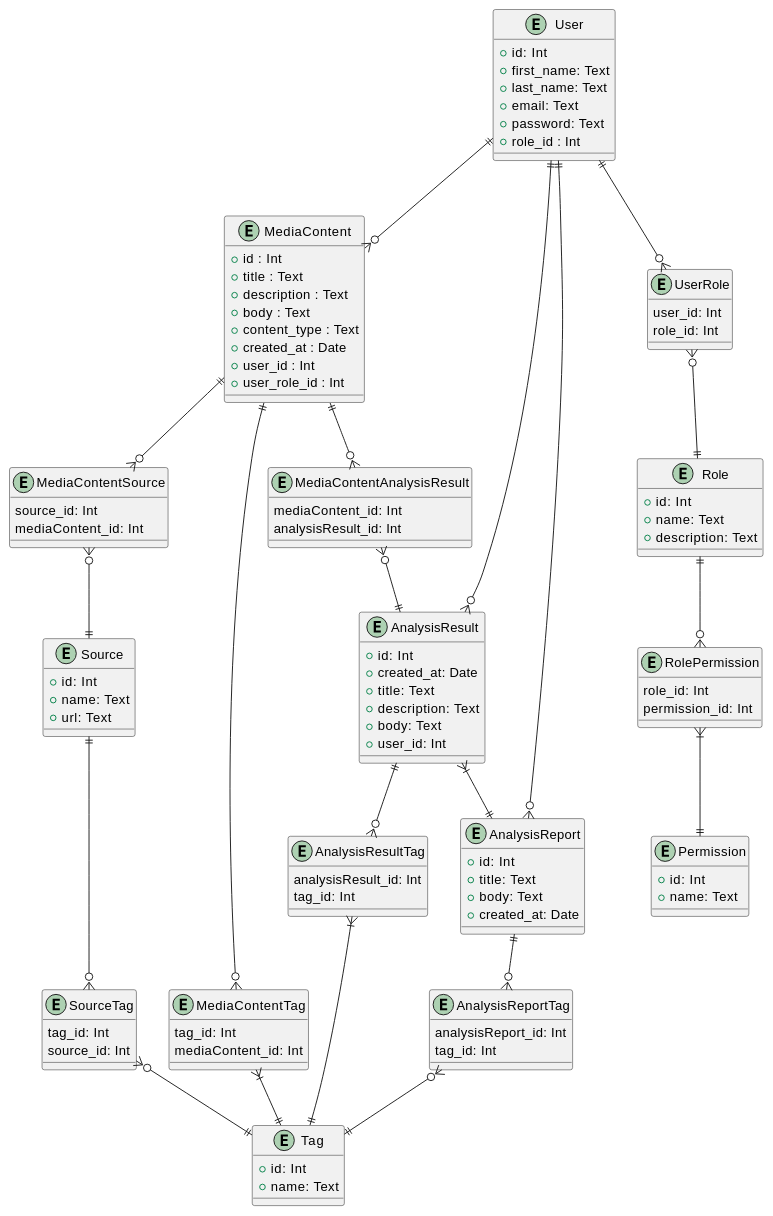
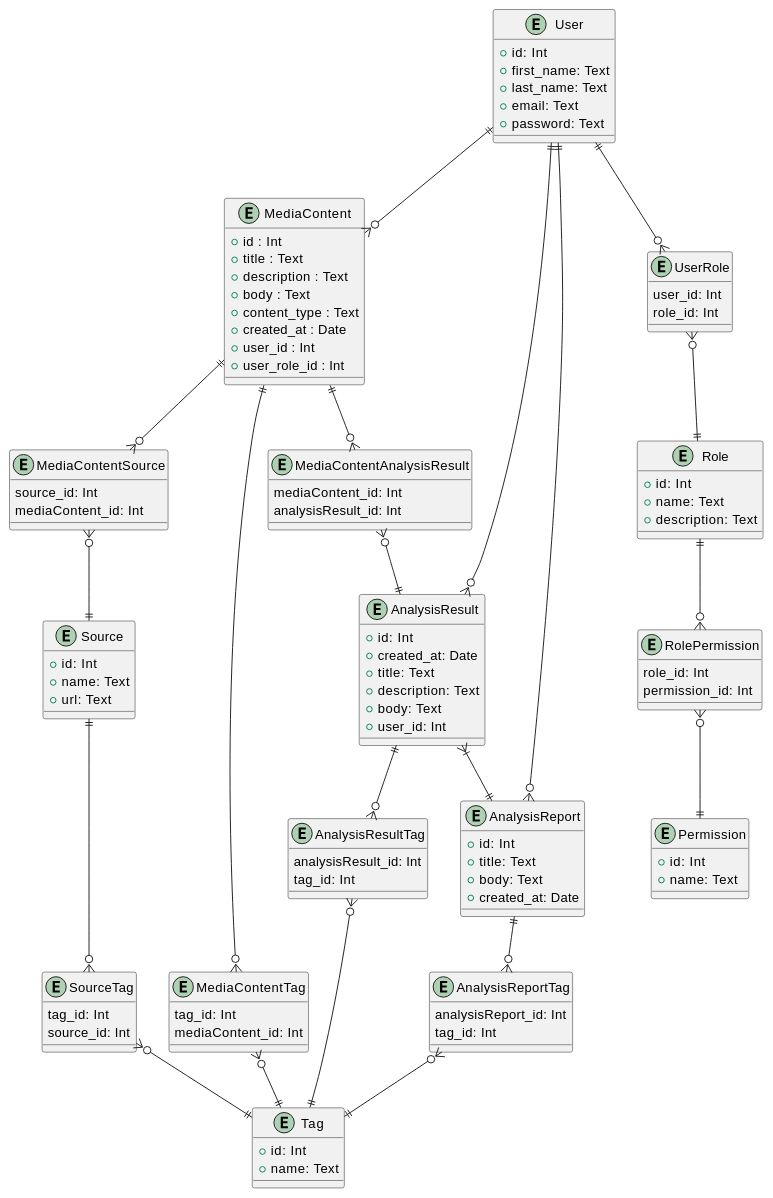
One commit to semenyaka08/media-content-api changed the second of 2 diagrams in docs/design/README.md. Above: the diagram before and after it, drawn with PlantUML.

Commit message:
er model fixed

```diff
--- a/docs/design/README.md
+++ b/docs/design/README.md
@@ -134,7 +134,6 @@
     +last_name: Text
     +email: Text
     +password: Text
-    +role_id : Int
 }
 
 entity Role {
@@ -233,18 +232,18 @@
 User ||--o{ AnalysisReport
 UserRole }o--|| Role
 Role ||--o{ RolePermission 
-RolePermission }|--|| Permission 
+RolePermission }o--|| Permission 
 MediaContent ||--o{ MediaContentTag
 MediaContent ||--o{ MediaContentSource 
 MediaContent ||--o{ MediaContentAnalysisResult
 MediaContentAnalysisResult }o--|| AnalysisResult 
 AnalysisResult ||--o{ AnalysisResultTag
 AnalysisResult }|--|| AnalysisReport
-MediaContentTag }|--|| Tag
+MediaContentTag }o--|| Tag
 MediaContentSource }o--|| Source
 Source ||--o{ SourceTag
 SourceTag }o--|| Tag
-AnalysisResultTag }|--|| Tag
+AnalysisResultTag }o--|| Tag
 AnalysisReport ||--o{ AnalysisReportTag
 AnalysisReportTag }o--|| Tag
 @enduml
```
